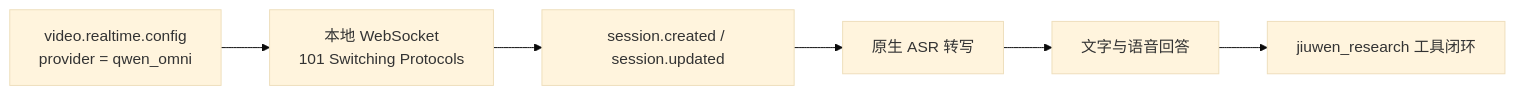
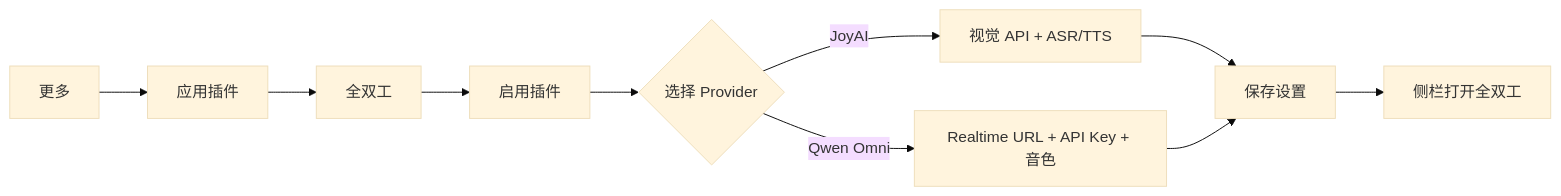
One commit to openJiuwen-ai/jiuwenclaw changed the second of 3 diagrams in docs/zh/全双工.md. Above: the diagram before and after it, drawn with Mermaid (base theme). The commit also changed other lines of this file and 1 other file, not shown here.

````diff
--- a/docs/zh/全双工.md
+++ b/docs/zh/全双工.md
@@ -419,8 +70,12 @@
 ```mermaid
 flowchart LR
-    A["video.realtime.config<br/>provider = qwen_omni"] --> B["本地 WebSocket<br/>101 Switching Protocols"]
-    B --> C["session.created / session.updated"]
-    C --> D["原生 ASR 转写"]
-    D --> E["文字与语音回答"]
-    E --> F["jiuwen_research 工具闭环"]
+    A["更多"] --> B["应用插件"]
+    B --> C["全双工"]
+    C --> D["启用插件"]
+    D --> E{"选择 Provider"}
+    E -->|"JoyAI"| J["视觉 API + ASR/TTS"]
+    E -->|"Qwen Omni"| Q["Realtime URL + API Key + 音色"]
+    J --> S["保存设置"]
+    Q --> S
+    S --> O["侧栏打开全双工"]
 ```
````
